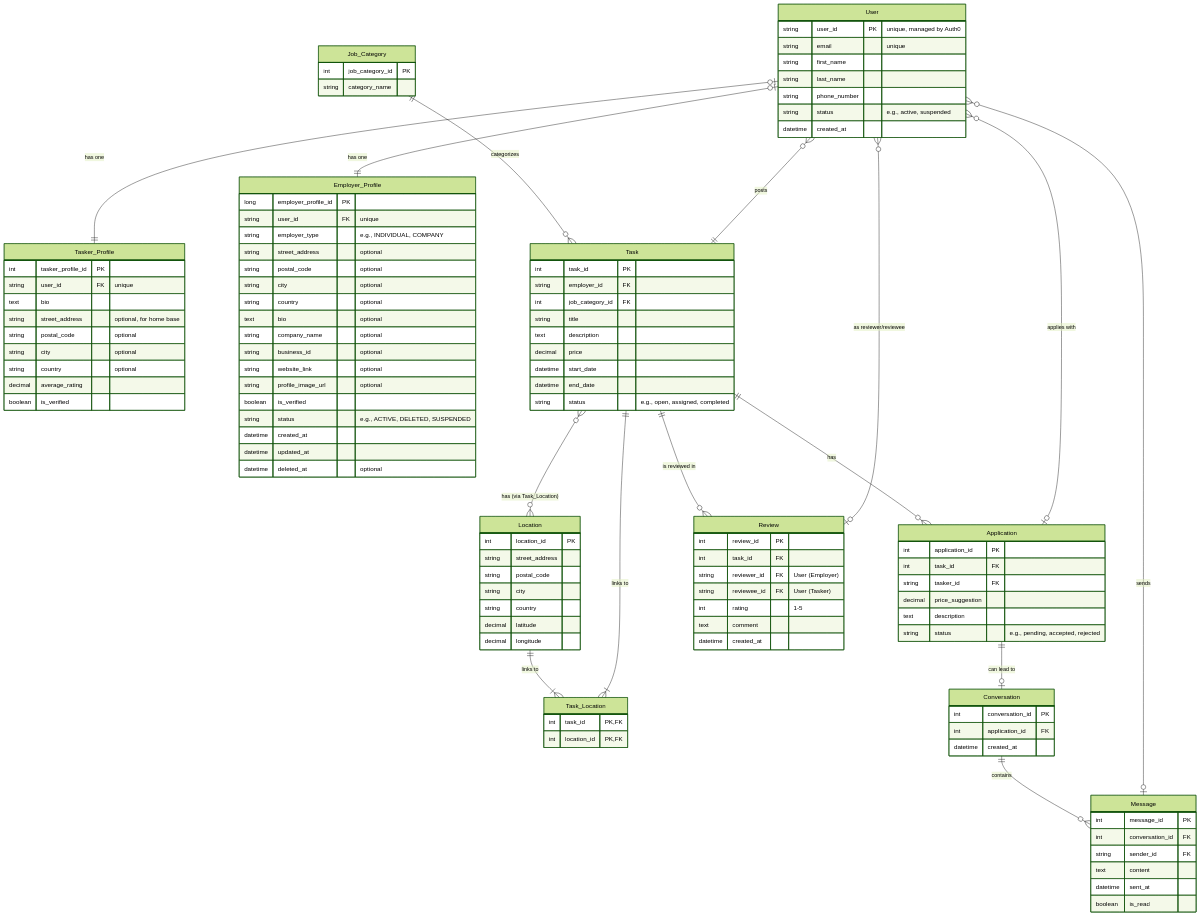
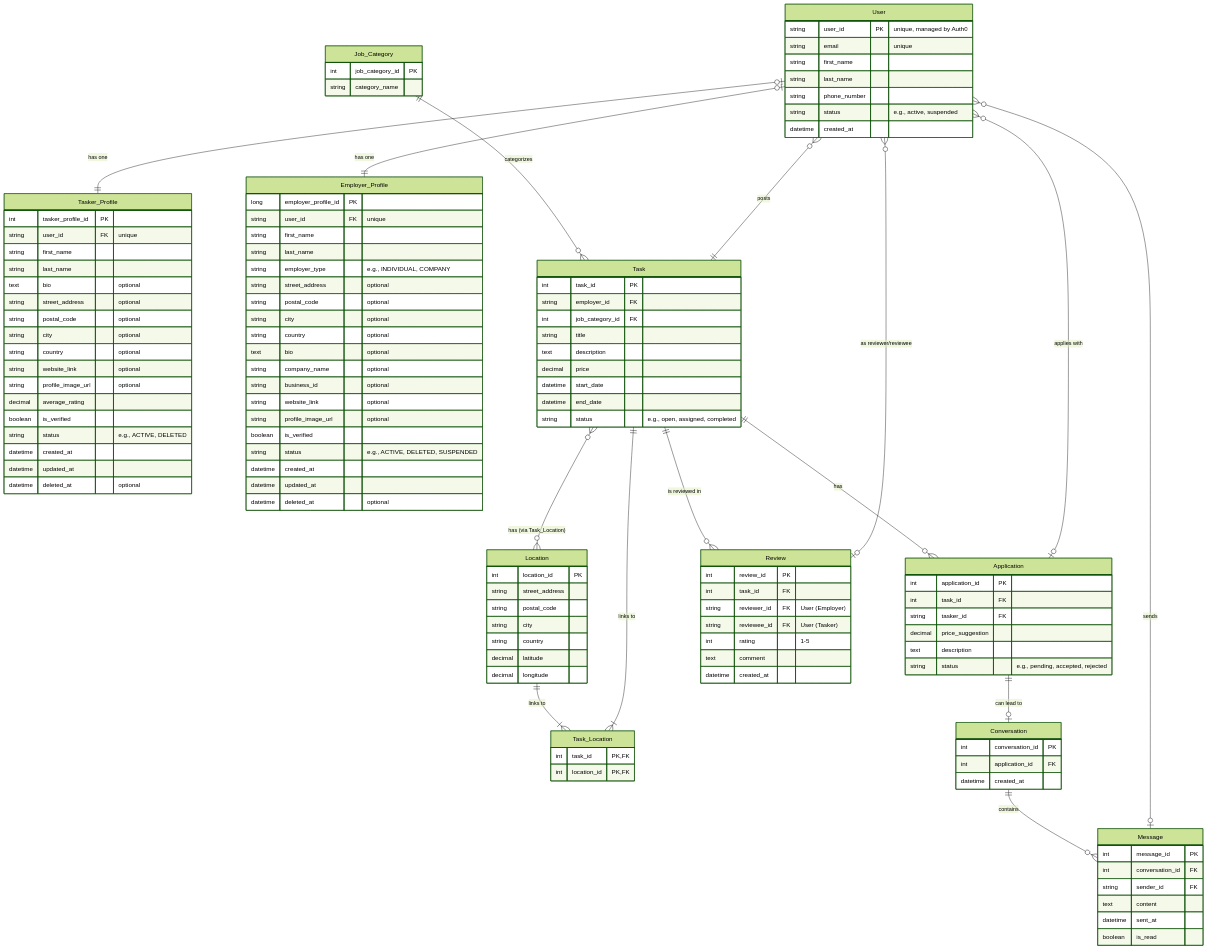
Before and after one commit to JTTAM-Projects/worker: the diagram in README.md, drawn with Mermaid (forest theme).

Commit message:
Add first and last name fields to profiles

```diff
--- a/README.md
+++ b/README.md
@@ -44,18 +44,28 @@
     Tasker_Profile {
         int tasker_profile_id PK
         string user_id FK "unique"
-        text bio
-        string street_address "optional, for home base"
+        string first_name
+        string last_name
+        text bio "optional"
+        string street_address "optional"
         string postal_code "optional"
         string city "optional"
         string country "optional"
+        string website_link "optional"
+        string profile_image_url "optional"
         decimal average_rating
         boolean is_verified
+        string status "e.g., ACTIVE, DELETED"
+        datetime created_at
+        datetime updated_at
+        datetime deleted_at "optional"
     }
 
     Employer_Profile {
         long employer_profile_id PK
         string user_id FK "unique"
+        string first_name
+        string last_name
         string employer_type "e.g., INDIVIDUAL, COMPANY"
         string street_address "optional"
         string postal_code "optional"
```
